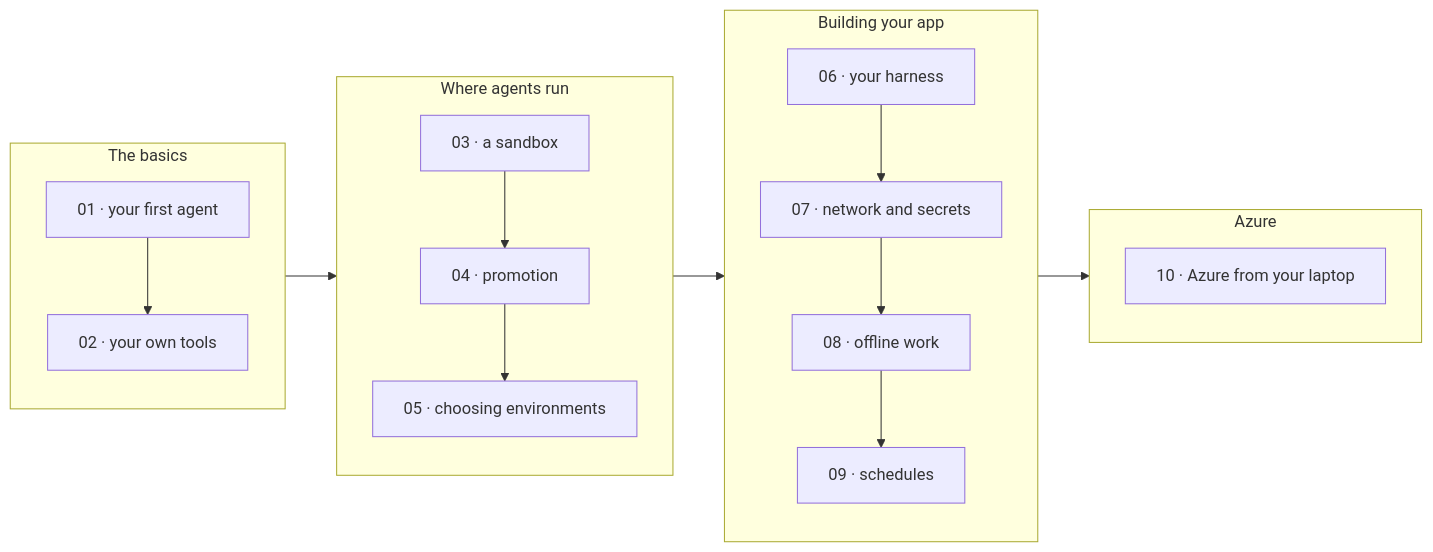
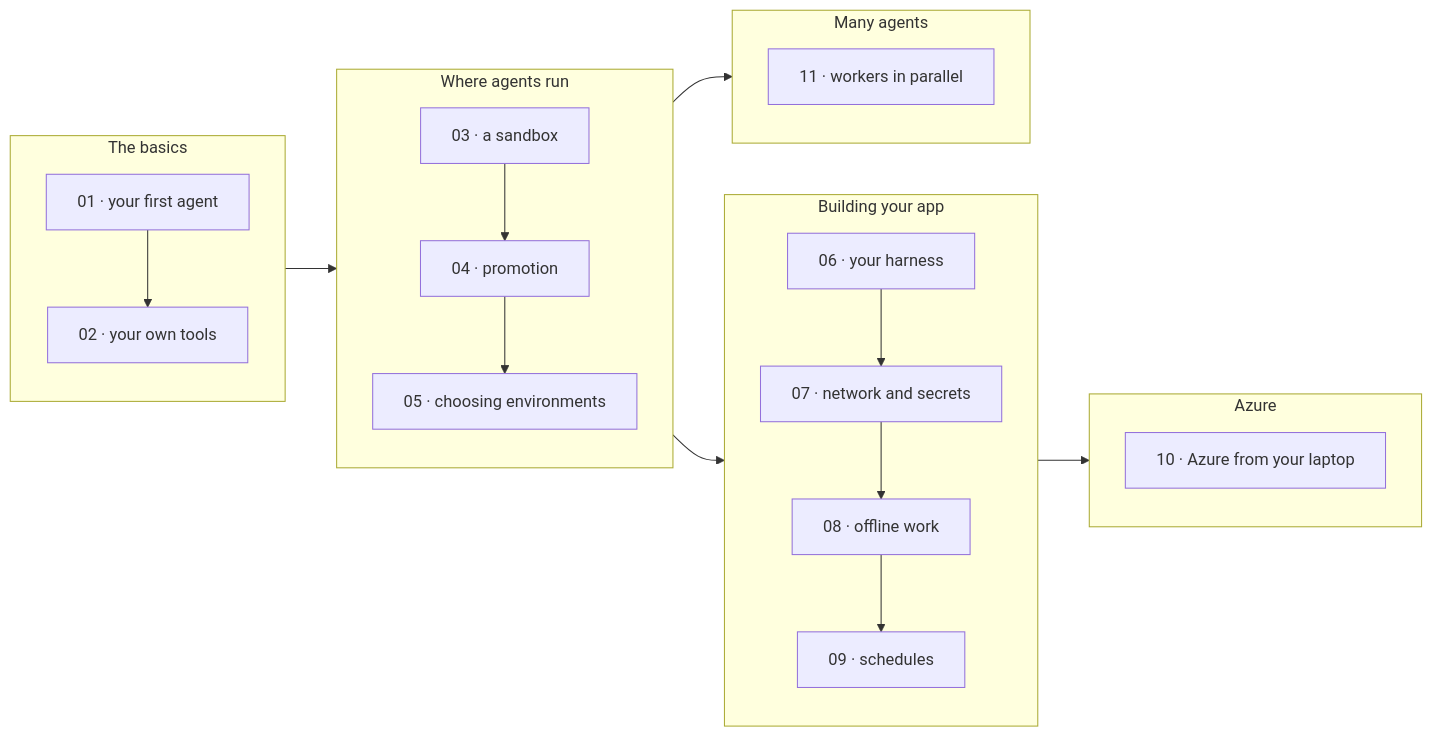
One commit to patniko/managed-copilot-sdk changed the diagram in samples/README.md. Above: the diagram before and after it, drawn with Mermaid. The commit also changed other lines of this file and 8 other files, not shown here.

````diff
--- a/samples/README.md
+++ b/samples/README.md
@@ -6,19 +6,23 @@
 ```mermaid
 flowchart LR
   subgraph Basics["The basics"]
     direction TB
     W1["01 · your first agent"] --> W2["02 · your own tools"]
   end
   subgraph Where["Where agents run"]
     direction TB
     W3["03 · a sandbox"] --> W4["04 · promotion"] --> W5["05 · choosing environments"]
   end
   subgraph Build["Building your app"]
     direction TB
     W6["06 · your harness"] --> W7["07 · network and secrets"] --> W8["08 · offline work"] --> W9["09 · schedules"]
   end
   subgraph Cloud["Azure"]
     W10["10 · Azure from your laptop"]
   end
+  subgraph Many["Many agents"]
+    W11["11 · workers in parallel"]
+  end
   Basics --> Where --> Build --> Cloud
+  Where --> Many
 ```
````
